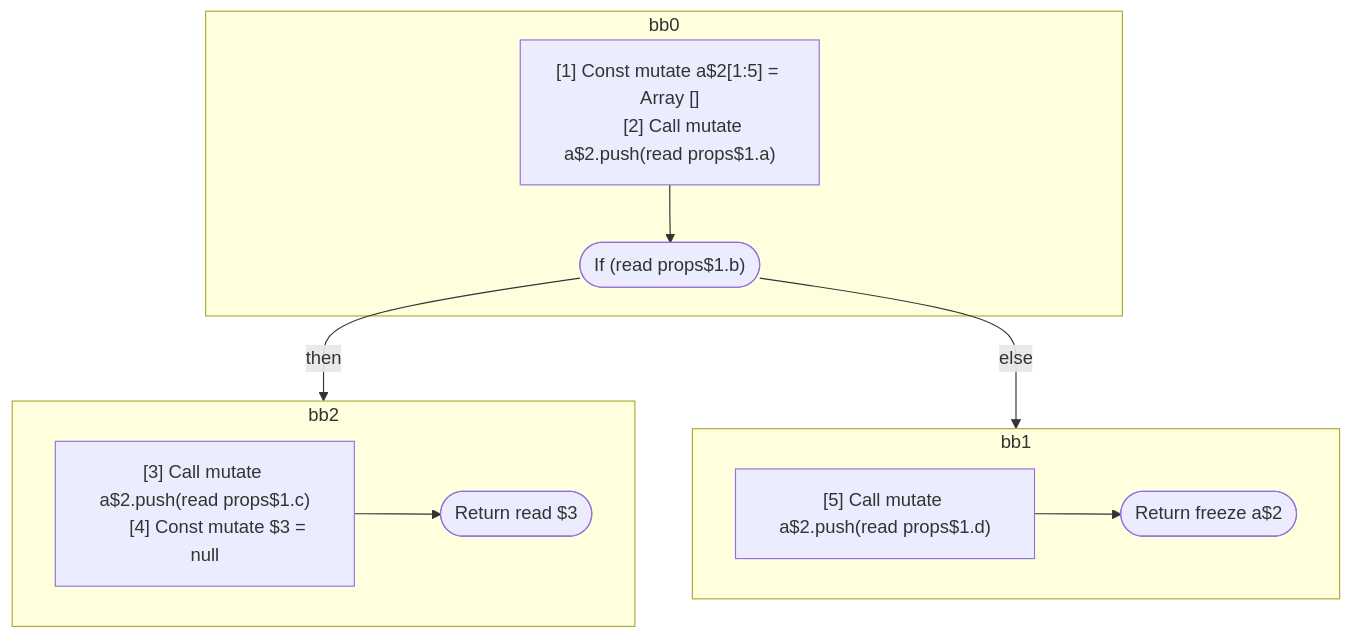
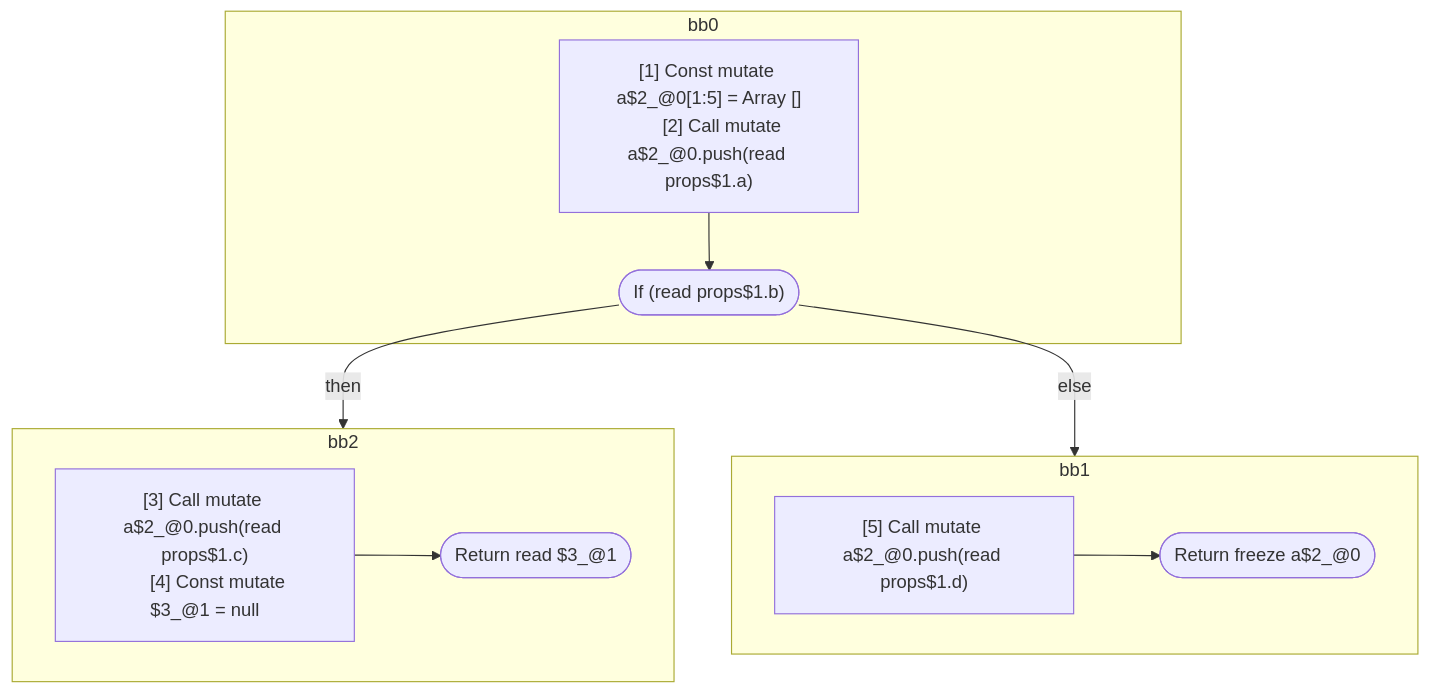
Before and after one commit to wutsmog/private: the third of 5 diagrams in compiler/forget/src/__tests__/fixtures/hir/conditional-break.expect.md, drawn with Mermaid. The commit also changed other lines of this file and 60 other files, not shown here.

````diff
--- a/compiler/forget/src/__tests__/fixtures/hir/conditional-break.expect.md
+++ b/compiler/forget/src/__tests__/fixtures/hir/conditional-break.expect.md
@@ -224,29 +224,29 @@
 ```mermaid
 flowchart TB
   %% Basic Blocks
   subgraph bb0
     bb0_instrs["
-      [1] Const mutate a$2[1:5] = Array []
-      [2] Call mutate a$2.push(read props$1.a)
+      [1] Const mutate a$2_@0[1:5] = Array []
+      [2] Call mutate a$2_@0.push(read props$1.a)
     "]
     bb0_instrs --> bb0_terminal(["If (read props$1.b)"])
   end
   subgraph bb2
     bb2_instrs["
-      [3] Call mutate a$2.push(read props$1.c)
-      [4] Const mutate $3 = null
+      [3] Call mutate a$2_@0.push(read props$1.c)
+      [4] Const mutate $3_@1 = null
     "]
-    bb2_instrs --> bb2_terminal(["Return read $3"])
+    bb2_instrs --> bb2_terminal(["Return read $3_@1"])
   end
   subgraph bb1
     bb1_instrs["
-      [5] Call mutate a$2.push(read props$1.d)
+      [5] Call mutate a$2_@0.push(read props$1.d)
     "]
-    bb1_instrs --> bb1_terminal(["Return freeze a$2"])
+    bb1_instrs --> bb1_terminal(["Return freeze a$2_@0"])
   end
 
   %% Jumps
   bb0_terminal -- then --> bb2
   bb0_terminal -- else --> bb1
 
 ```
````
